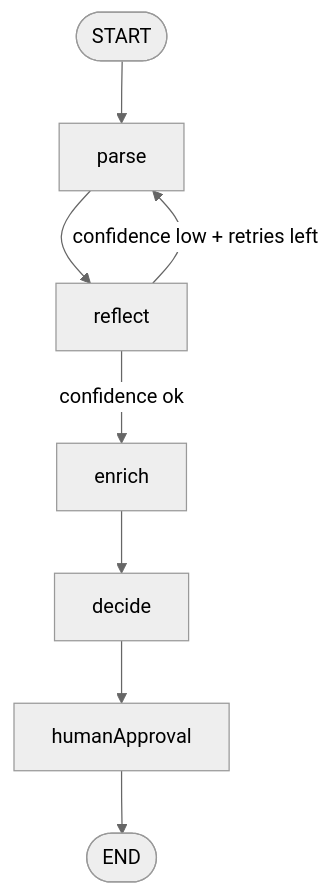
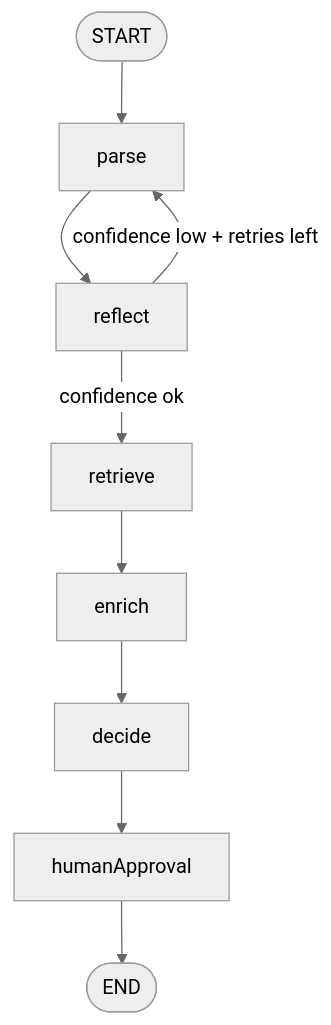
Before and after one commit to jzimdars-RTG/portfolio: the diagram in case-studies/genai-agent-toolkit.md, drawn with Mermaid (neutral theme). The commit also changed other lines of this file and 2 other files, not shown here.

````diff
--- a/case-studies/genai-agent-toolkit.md
+++ b/case-studies/genai-agent-toolkit.md
@@ -18,10 +18,11 @@
 ```mermaid
 flowchart TD
   START([START]) --> parse[parse]
   parse --> reflect[reflect]
   reflect -->|confidence low + retries left| parse
-  reflect -->|confidence ok| enrich[enrich]
+  reflect -->|confidence ok| retrieve[retrieve]
+  retrieve --> enrich[enrich]
   enrich --> decide[decide]
   decide --> humanApproval[humanApproval]
   humanApproval --> END([END])
 ```
````
